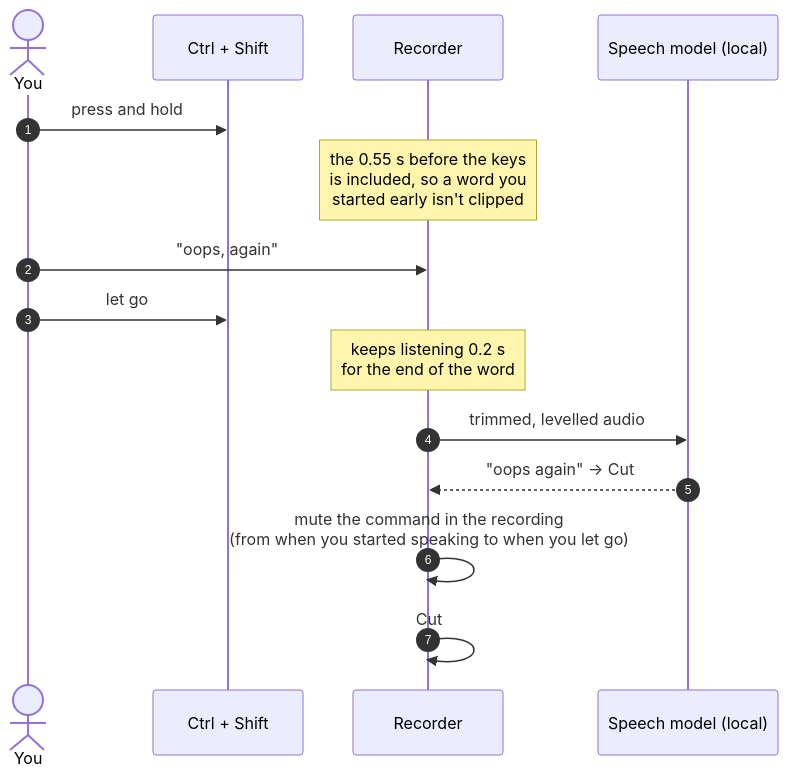
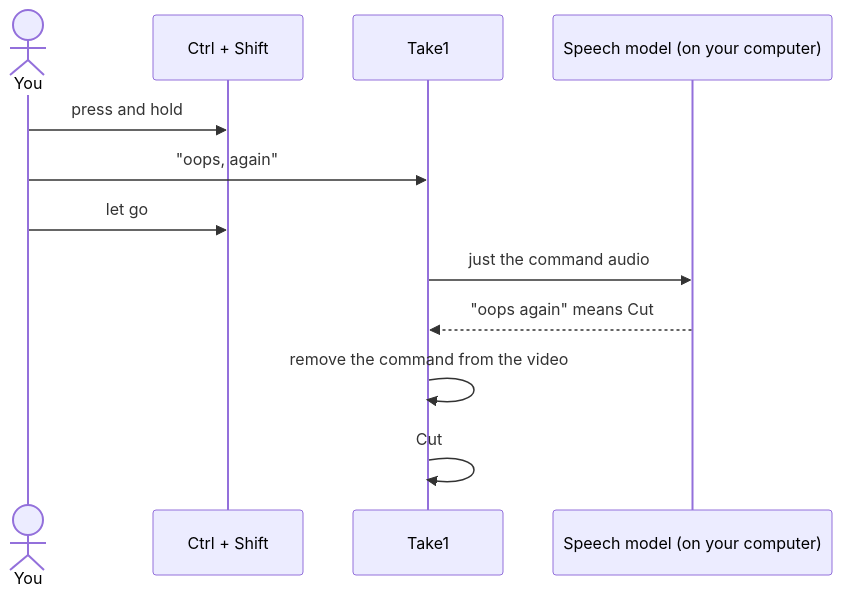
Before and after one commit to ScRocXx/Take1: the second of 6 diagrams in README.md, drawn with Mermaid. The commit also changed other lines of this file and 10 other files, not shown here.

````diff
--- a/README.md
+++ b/README.md
@@ -110,17 +129,14 @@
 ```mermaid
 sequenceDiagram
-    autonumber
     actor You
     participant Keys as Ctrl + Shift
-    participant Rec as Recorder
-    participant STT as Speech model (local)
+    participant Take1
+    participant Model as Speech model (on your computer)
     You->>Keys: press and hold
-    Note over Rec: the 0.55 s before the keys<br/>is included, so a word you<br/>started early isn't clipped
-    You->>Rec: "oops, again"
+    You->>Take1: "oops, again"
     You->>Keys: let go
-    Note over Rec: keeps listening 0.2 s<br/>for the end of the word
-    Rec->>STT: trimmed, levelled audio
-    STT-->>Rec: "oops again" → Cut
-    Rec->>Rec: mute the command in the recording<br/>(from when you started speaking to when you let go)
-    Rec->>Rec: Cut
+    Take1->>Model: just the command audio
+    Model-->>Take1: "oops again" means Cut
+    Take1->>Take1: remove the command from the video
+    Take1->>Take1: Cut
 ```
````
